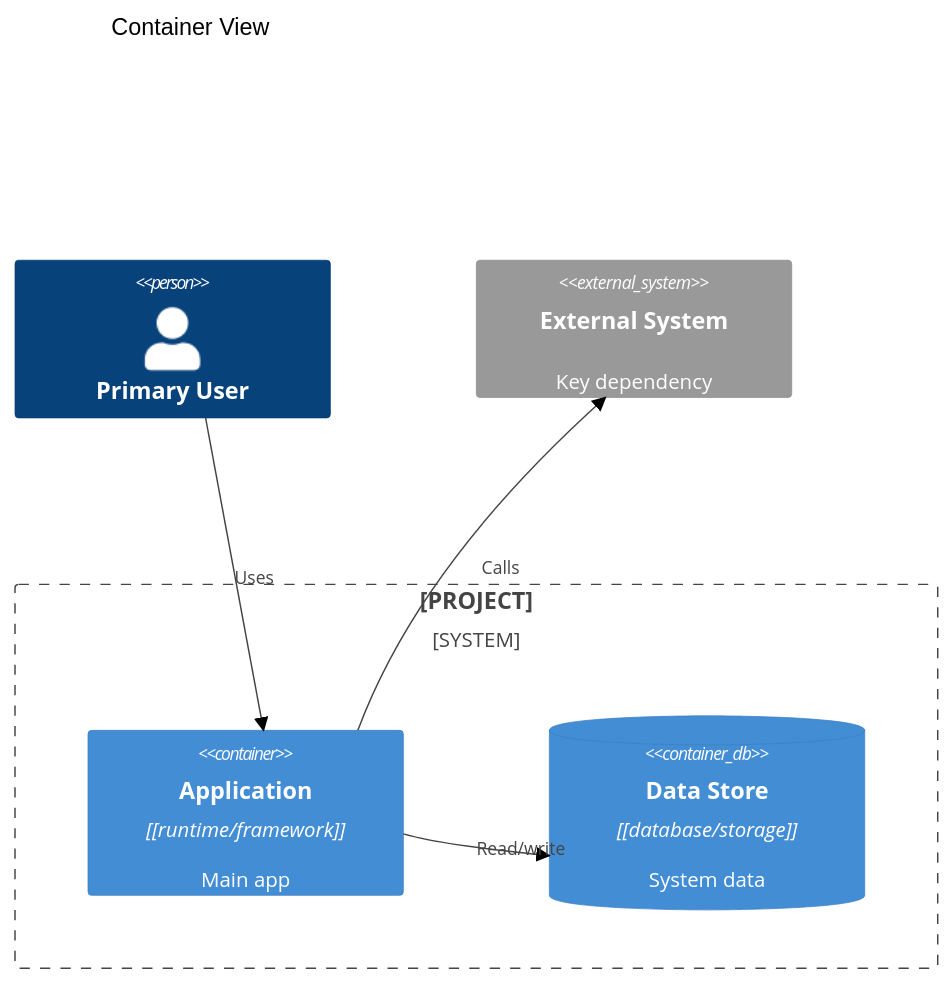
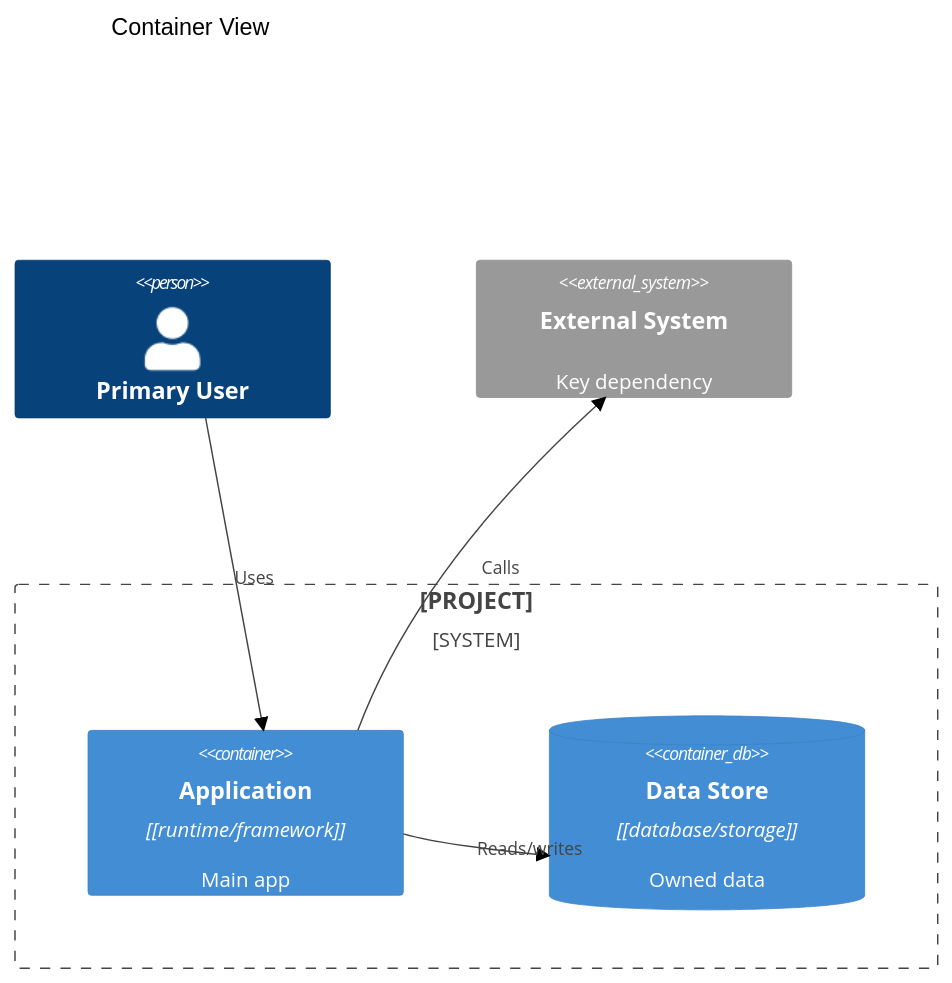
One commit to attilaszasz/sdd-pilot changed the second of 4 diagrams in .github/skills/system-design/assets/sad-template.md. Above: the diagram before and after it, drawn with Mermaid (neutral theme). The commit also changed other lines of this file and 19 other files, not shown here.

````diff
--- a/.github/skills/system-design/assets/sad-template.md
+++ b/.github/skills/system-design/assets/sad-template.md
@@ -39,13 +50,13 @@
 ```mermaid
 C4Container
     title Container View
     Person(user, "Primary User")
     System_Boundary(system, "[PROJECT]") {
         Container(app, "Application", "[runtime/framework]", "Main app")
-        ContainerDb(db, "Data Store", "[database/storage]", "System data")
+        ContainerDb(db, "Data Store", "[database/storage]", "Owned data")
     }
     System_Ext(ext1, "External System", "Key dependency")
     Rel(user, app, "Uses")
-    Rel(app, db, "Read/write")
+    Rel(app, db, "Reads/writes")
     Rel(app, ext1, "Calls")
 ```
````
